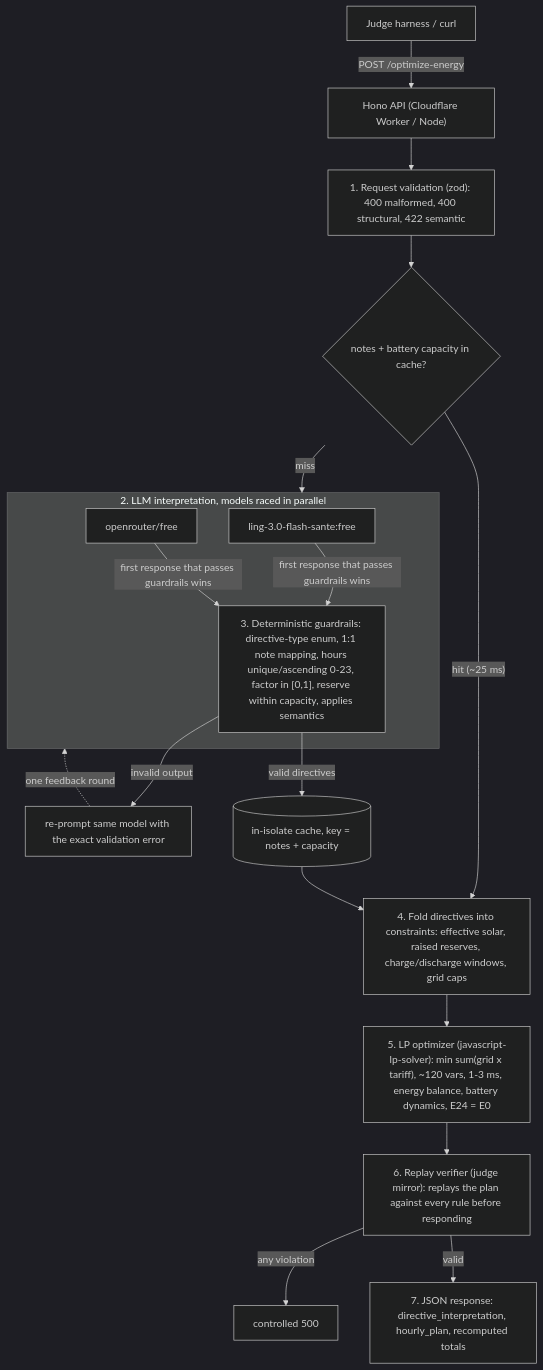
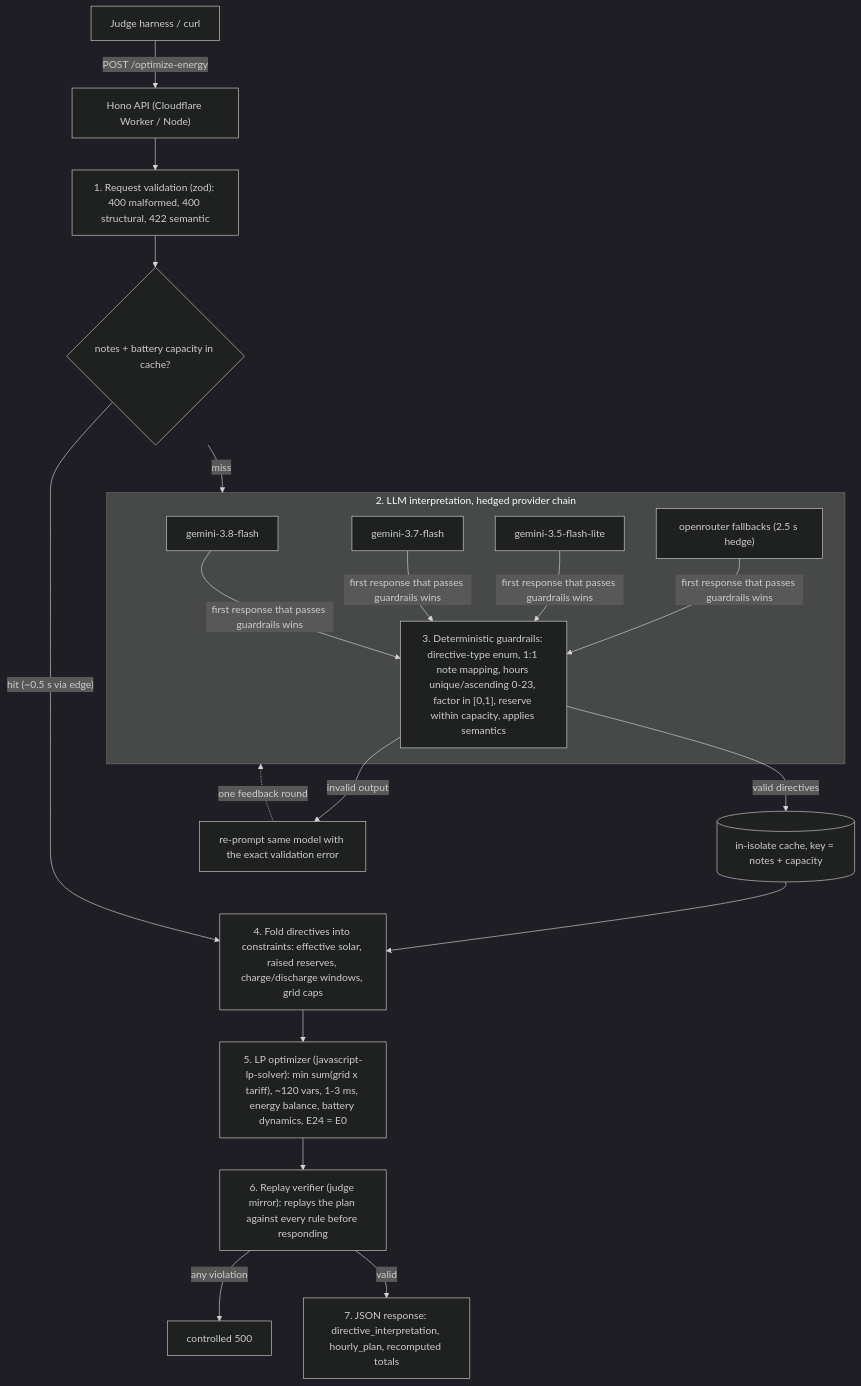
One commit to Seyamalam/BUP_HACKATHON changed the diagram in README.md. Above: the diagram before and after it, drawn with Mermaid (dark theme). The commit also changed other lines of this file and 7 other files, not shown here.

Commit message:
Multi-provider LLM: Gemini chain primary (thinking off), hedged OpenRouter fallback; lite-model thinking fix

````diff
--- a/README.md
+++ b/README.md
@@ -14,22 +14,24 @@
 ```mermaid
 flowchart TD
     J["Judge harness / curl"] -->|"POST /optimize-energy"| A["Hono API (Cloudflare Worker / Node)"]
     A --> S1["1. Request validation (zod): 400 malformed, 400 structural, 422 semantic"]
     S1 --> Q{"notes + battery capacity in cache?"}
-    Q -->|"hit (~25 ms)"| APPLY
+    Q -->|"hit (~0.5 s via edge)"| APPLY
     Q -->|miss| RACE
-    subgraph RACE["2. LLM interpretation, models raced in parallel"]
-        M1["ling-3.0-flash-sante:free"]
-        M2["openrouter/free"]
-        M1 & M2 -->|"first response that passes guardrails wins"| G
+    subgraph RACE["2. LLM interpretation, hedged provider chain"]
+        M1["gemini-3.8-flash"]
+        M2["gemini-3.7-flash"]
+        M3["gemini-3.5-flash-lite"]
+        M4["openrouter fallbacks (2.5 s hedge)"]
+        M1 & M2 & M3 & M4 -->|"first response that passes guardrails wins"| G
     end
     G["3. Deterministic guardrails: directive-type enum, 1:1 note mapping, hours unique/ascending 0-23, factor in [0,1], reserve within capacity, applies semantics"]
     G -->|"invalid output"| FB["re-prompt same model with the exact validation error"]
     FB -.->|"one feedback round"| RACE
     G -->|"valid directives"| CACHE[("in-isolate cache, key = notes + capacity")]
     CACHE --> APPLY["4. Fold directives into constraints: effective solar, raised reserves, charge/discharge windows, grid caps"]
     APPLY --> LP["5. LP optimizer (javascript-lp-solver): min sum(grid x tariff), ~120 vars, 1-3 ms, energy balance, battery dynamics, E24 = E0"]
     LP --> VER["6. Replay verifier (judge mirror): replays the plan against every rule before responding"]
     VER -->|"any violation"| ERR["controlled 500"]
     VER -->|"valid"| RESP["7. JSON response: directive_interpretation, hourly_plan, recomputed totals"]
 ```
````
